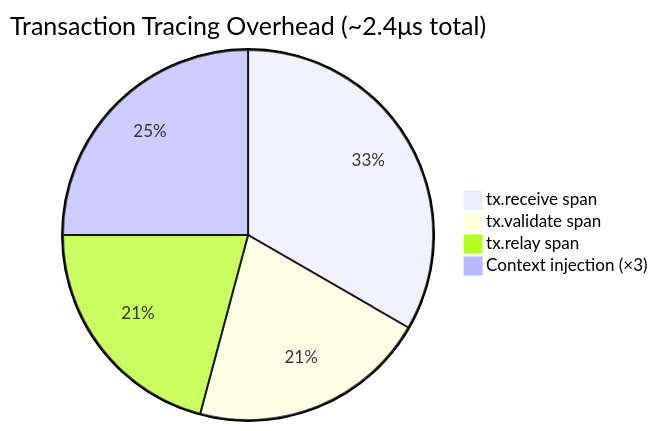
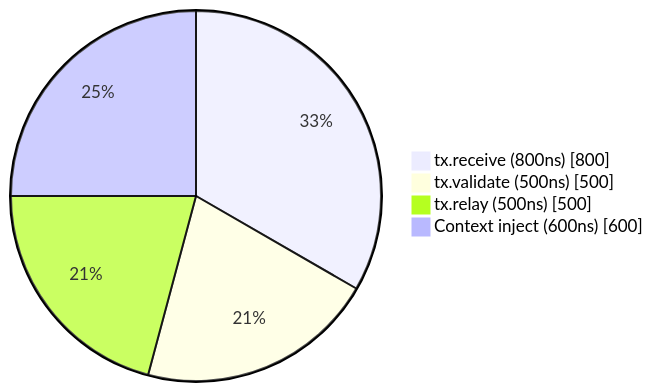
The second of 6 diagrams in OpenTelemetryPlan/03-implementation-strategy.md (XRPL-Node/rippled), drawn with Mermaid before and after one commit. The commit also changed other lines of this file and 8 other files, not shown here.

````diff
--- a/OpenTelemetryPlan/03-implementation-strategy.md
+++ b/OpenTelemetryPlan/03-implementation-strategy.md
@@ -106,7 +112,8 @@
 ```mermaid
-pie title Transaction Tracing Overhead (~2.4μs total)
-    "tx.receive span" : 800
-    "tx.validate span" : 500
-    "tx.relay span" : 500
-    "Context injection (×3)" : 600
+%%{init: {'pie': {'textPosition': 0.75}}}%%
+pie showData
+    "tx.receive (800ns)" : 800
+    "tx.validate (500ns)" : 500
+    "tx.relay (500ns)" : 500
+    "Context inject (600ns)" : 600
 ```
````
